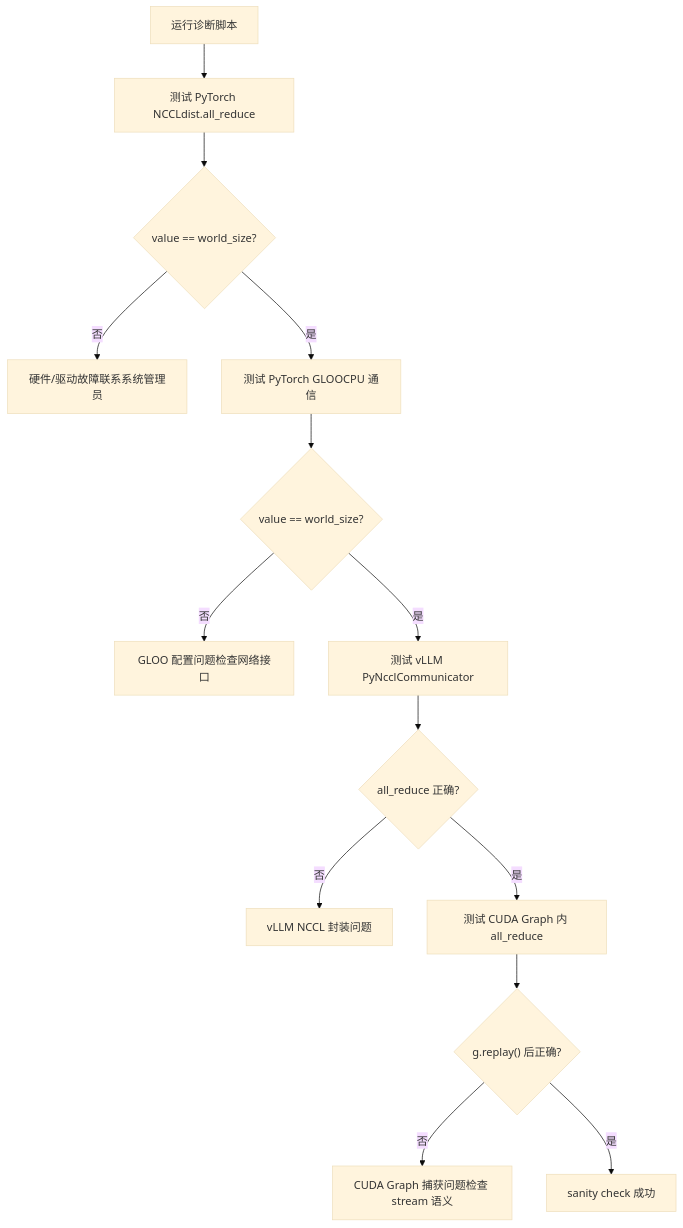
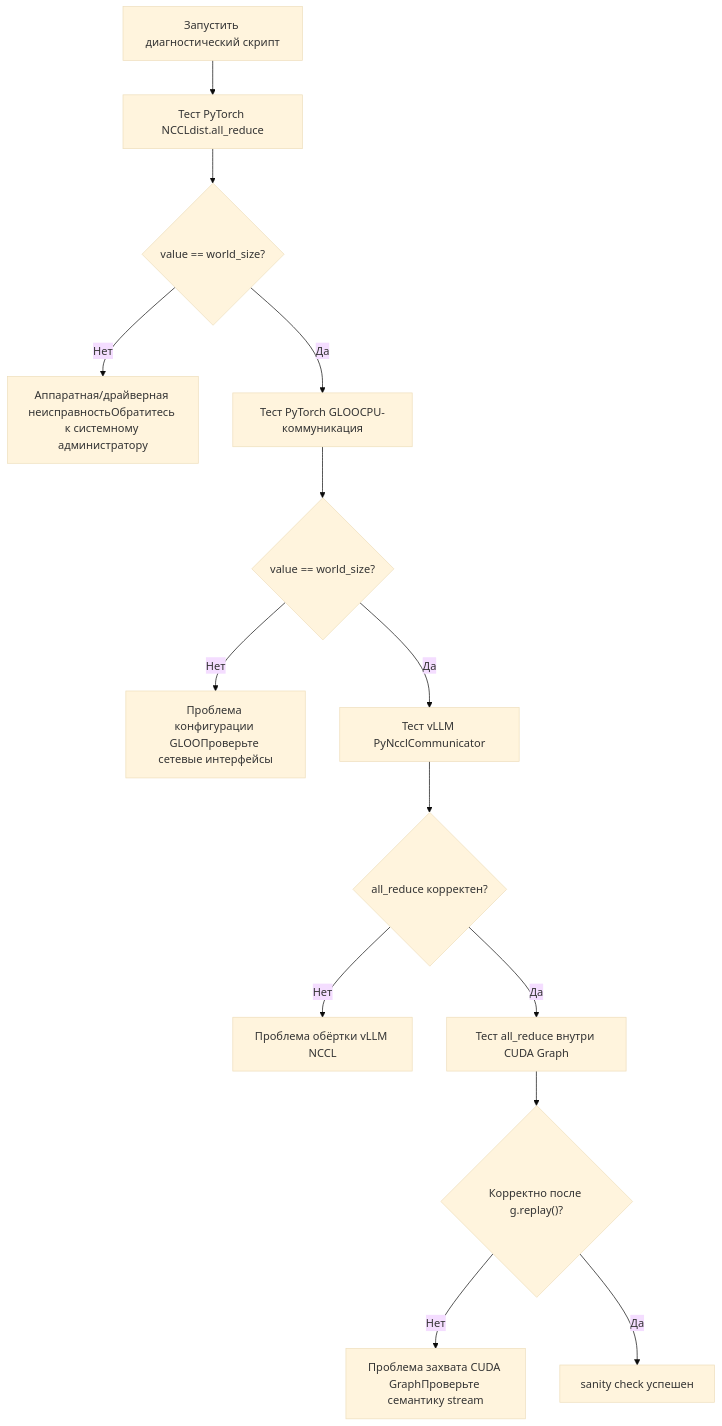
The second of 3 diagrams in books/vllm/ru/14-architecture-evolution-v1-and-future.md (maleRjc/AiReadCodeBooks), drawn with Mermaid (base theme) before and after one commit. The commit also changed other lines of this file and 74 other files, not shown here.

````diff
--- a/books/vllm/ru/14-architecture-evolution-v1-and-future.md
+++ b/books/vllm/ru/14-architecture-evolution-v1-and-future.md
@@ -96,16 +96,16 @@
 ```mermaid
 flowchart TD
-    start["运行诊断脚本"] --> nccl_test["测试 PyTorch NCCLdist.all_reduce"]
+    start["Запустить диагностический скрипт"] --> nccl_test["Тест PyTorch NCCLdist.all_reduce"]
     nccl_test --> nccl_ok{"value == world_size?"}
-    nccl_ok -->|否| hw_broken["硬件/驱动故障联系系统管理员"]
-    nccl_ok -->|是| gloo_test["测试 PyTorch GLOOCPU 通信"]
+    nccl_ok -->|Нет| hw_broken["Аппаратная/драйверная неисправностьОбратитесь к системному администратору"]
+    nccl_ok -->|Да| gloo_test["Тест PyTorch GLOOCPU-коммуникация"]
     gloo_test --> gloo_ok{"value == world_size?"}
-    gloo_ok -->|否| gloo_fail["GLOO 配置问题检查网络接口"]
-    gloo_ok -->|是| pynccl_test["测试 vLLM PyNcclCommunicator"]
-    pynccl_test --> pynccl_ok{"all_reduce 正确?"}
-    pynccl_ok -->|否| pynccl_fail["vLLM NCCL 封装问题"]
-    pynccl_ok -->|是| graph_test["测试 CUDA Graph 内 all_reduce"]
-    graph_test --> graph_ok{"g.replay() 后正确?"}
-    graph_ok -->|否| graph_fail["CUDA Graph 捕获问题检查 stream 语义"]
-    graph_ok -->|是| success["sanity check 成功"]
+    gloo_ok -->|Нет| gloo_fail["Проблема конфигурации GLOOПроверьте сетевые интерфейсы"]
+    gloo_ok -->|Да| pynccl_test["Тест vLLM PyNcclCommunicator"]
+    pynccl_test --> pynccl_ok{"all_reduce корректен?"}
+    pynccl_ok -->|Нет| pynccl_fail["Проблема обёртки vLLM NCCL"]
+    pynccl_ok -->|Да| graph_test["Тест all_reduce внутри CUDA Graph"]
+    graph_test --> graph_ok{"Корректно после g.replay()?"}
+    graph_ok -->|Нет| graph_fail["Проблема захвата CUDA GraphПроверьте семантику stream"]
+    graph_ok -->|Да| success["sanity check успешен"]
 ```
````
